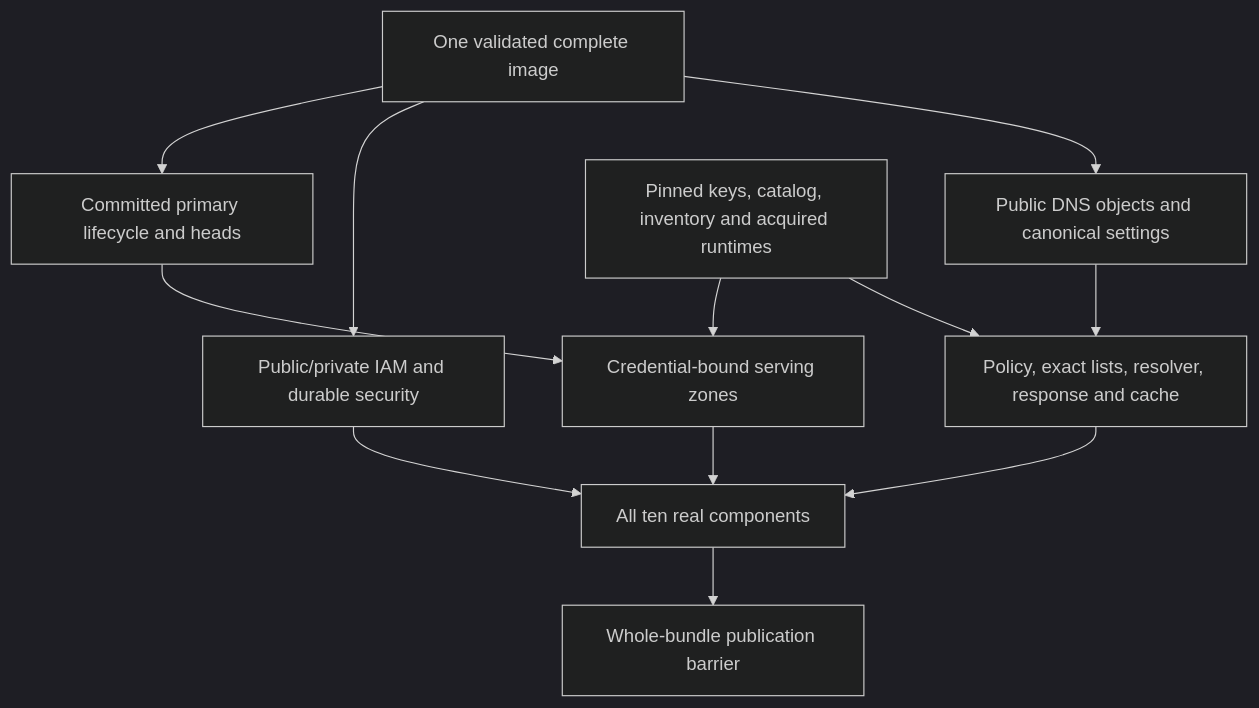
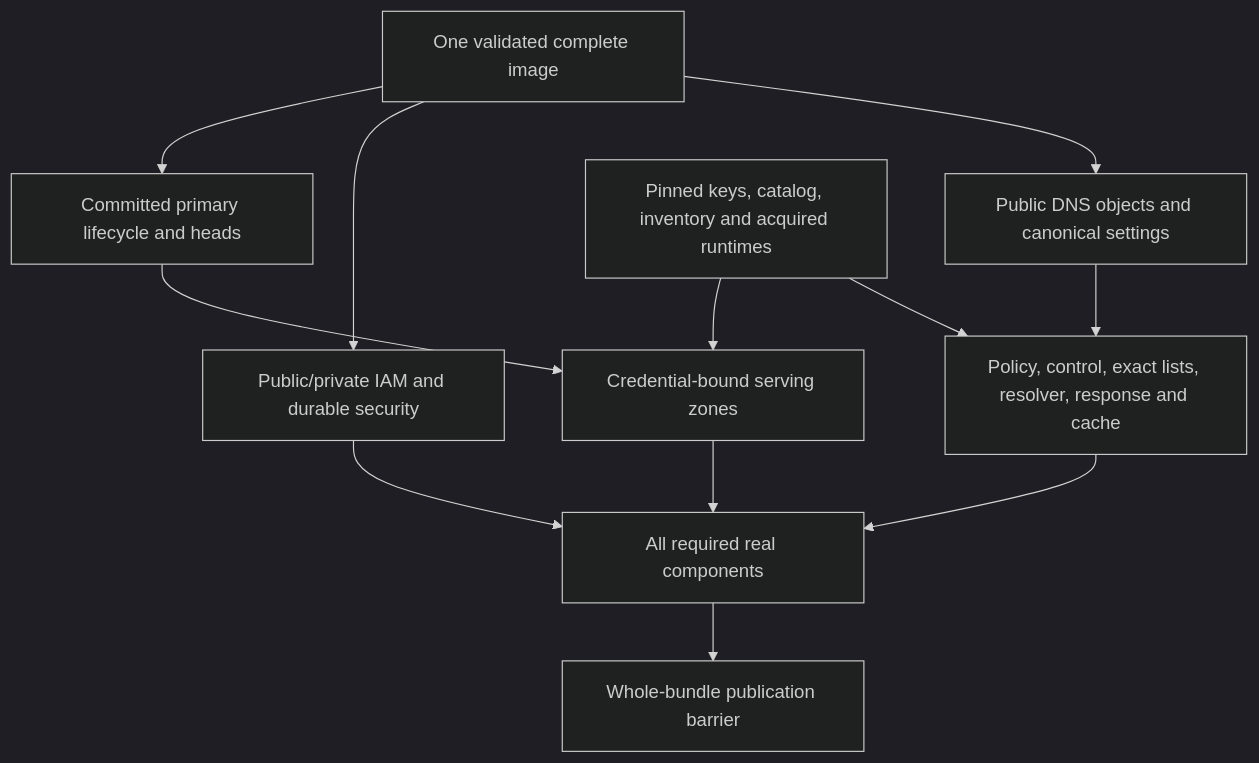
Before and after one commit to robertherbaugh/kudurru: diagram 14 of 14 in docs/architecture/configuration-and-store.md, drawn with Mermaid (dark theme). The commit also changed other lines of this file and 26 other files, not shown here.

````diff
--- a/docs/architecture/configuration-and-store.md
+++ b/docs/architecture/configuration-and-store.md
@@ -989,14 +1009,14 @@
 ```mermaid
 flowchart TD
     Candidate["One validated complete image"] --> Primary["Committed primary lifecycle and heads"]
     Candidate --> Auth["Public/private IAM and durable security"]
     Candidate --> Objects["Public DNS objects and canonical settings"]
     Local["Pinned keys, catalog, inventory and acquired runtimes"] --> Zones["Credential-bound serving zones"]
     Primary --> Zones
-    Objects --> Owners["Policy, exact lists, resolver, response and cache"]
+    Objects --> Owners["Policy, control, exact lists, resolver, response and cache"]
     Local --> Owners
-    Auth --> All["All ten real components"]
+    Auth --> All["All required real components"]
     Zones --> All
     Owners --> All
     All --> Publish["Whole-bundle publication barrier"]
 ```
````
